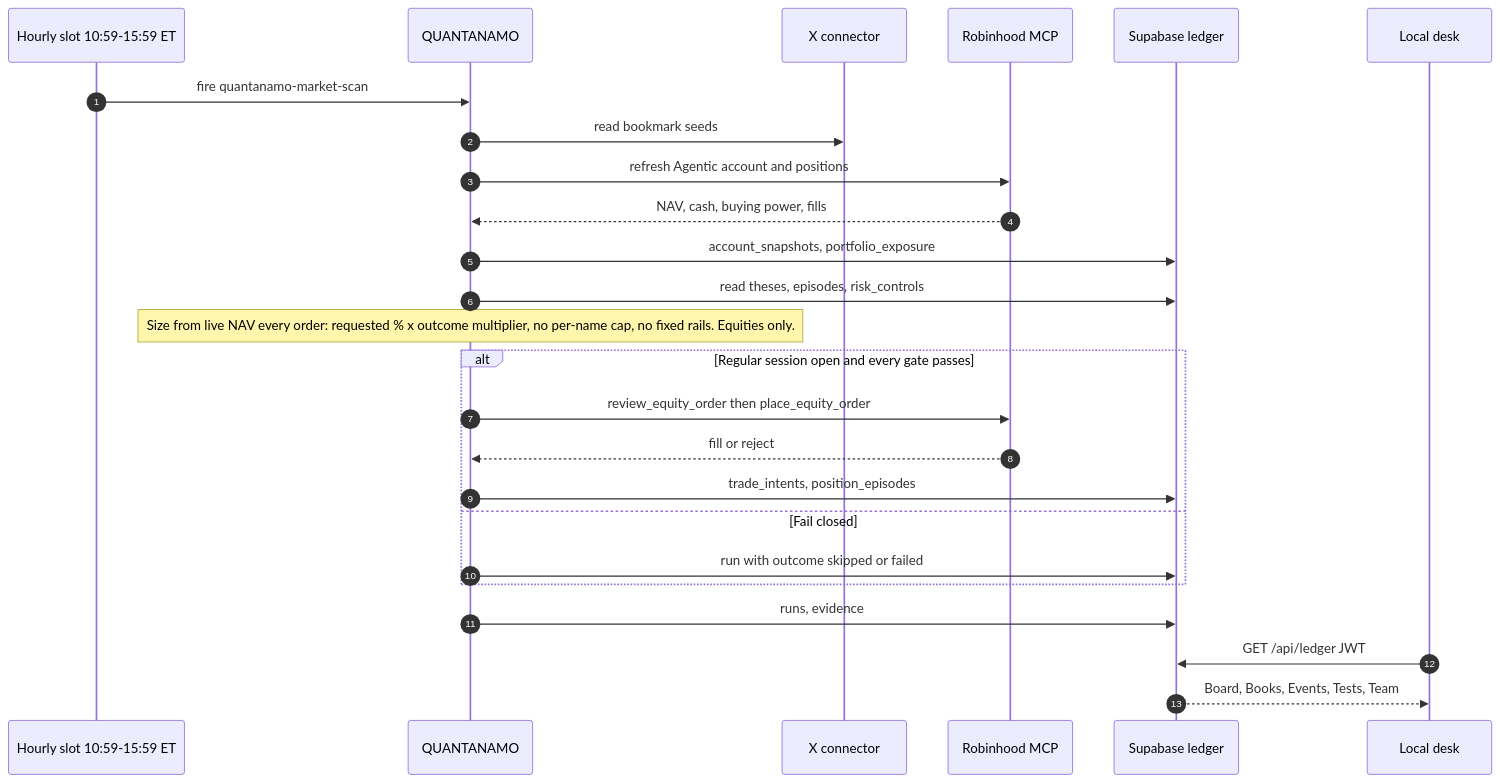
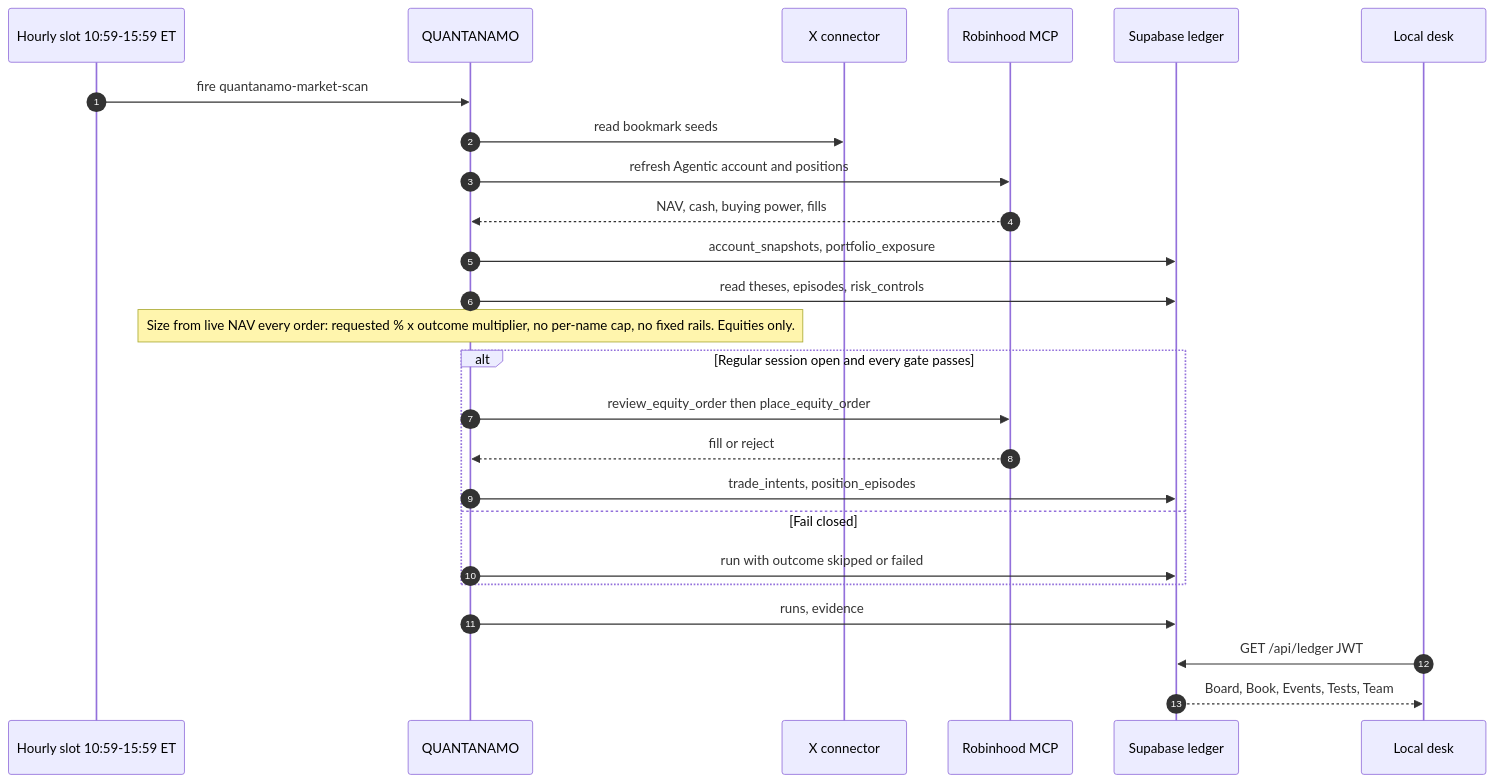
Before and after one commit to dwallach1/grasshopper: the second of 3 diagrams in README.md, drawn with Mermaid. The commit also changed other lines of this file and 16 other files, not shown here.

First line of the commit message:
Desk: one Book page, plain rows that say why each position is held and its exit (#112, #113)

````diff
--- a/README.md
+++ b/README.md
@@ -73,28 +73,28 @@
 ```mermaid
 sequenceDiagram
   autonumber
   participant Slot as Hourly slot 10:59-15:59 ET
   participant Bot as QUANTANAMO
   participant X as X connector
   participant RH as Robinhood MCP
   participant DB as Supabase ledger
   participant Desk as Local desk
 
   Slot->>Bot: fire quantanamo-market-scan
   Bot->>X: read bookmark seeds
   Bot->>RH: refresh Agentic account and positions
   RH-->>Bot: NAV, cash, buying power, fills
   Bot->>DB: account_snapshots, portfolio_exposure
   Bot->>DB: read theses, episodes, risk_controls
   Note over Bot: Size from live NAV every order: requested % x outcome multiplier, no per-name cap, no fixed rails. Equities only.
   alt Regular session open and every gate passes
     Bot->>RH: review_equity_order then place_equity_order
     RH-->>Bot: fill or reject
     Bot->>DB: trade_intents, position_episodes
   else Fail closed
     Bot->>DB: run with outcome skipped or failed
   end
   Bot->>DB: runs, evidence
   Desk->>DB: GET /api/ledger JWT
-  DB-->>Desk: Board, Books, Events, Tests, Team
+  DB-->>Desk: Board, Book, Events, Tests, Team
 ```
````
